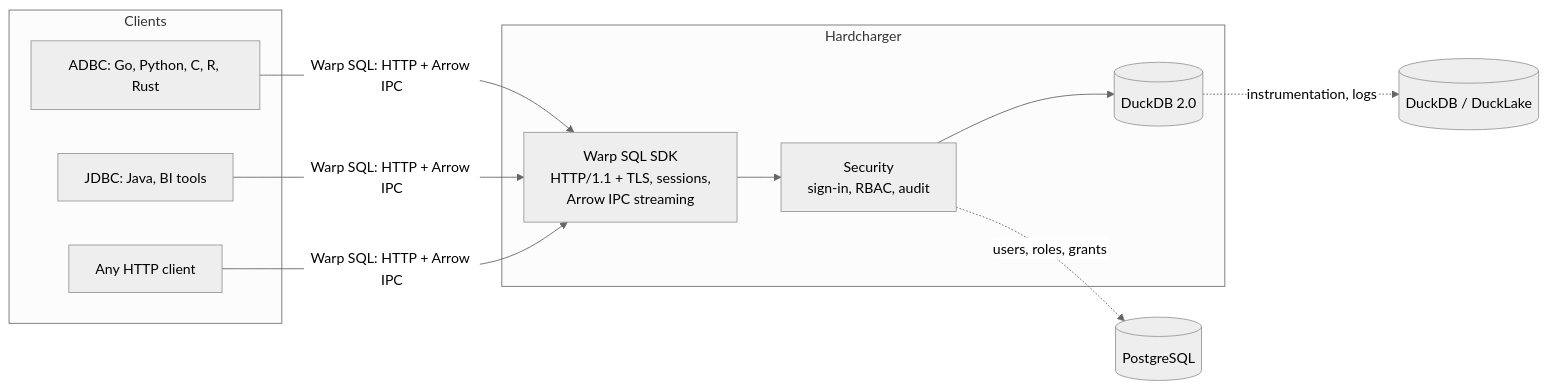
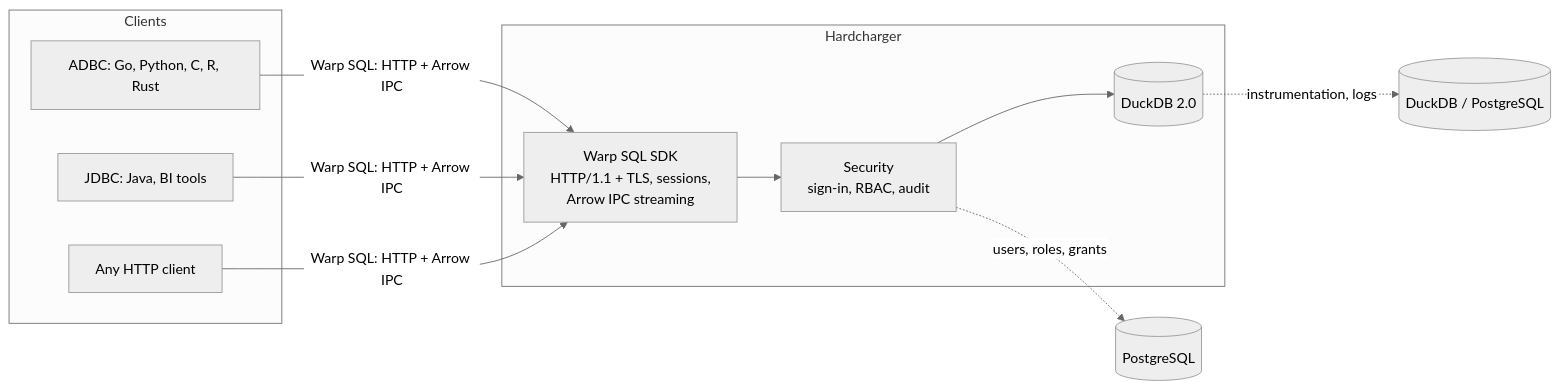
Before and after one commit to gizmodata/hardcharger: the second of 2 diagrams in README.md, drawn with Mermaid (neutral theme). The commit also changed other lines of this file and 19 other files, not shown here.

````diff
--- a/README.md
+++ b/README.md
@@ -756,17 +784,17 @@
 ```mermaid
 flowchart LR
   subgraph Clients
     A[ADBC: Go, Python, C, R, Rust]
     J[JDBC: Java, BI tools]
     H[Any HTTP client]
   end
   subgraph Hardcharger
     W[Warp SQL SDK<br/>HTTP/1.1 + TLS, sessions,<br/>Arrow IPC streaming]
     S[Security<br/>sign-in, RBAC, audit]
     D[(DuckDB 2.0)]
   end
   A & J & H -- "Warp SQL: HTTP + Arrow IPC" --> W
   W --> S --> D
   S -. users, roles, grants .-> P[(PostgreSQL)]
-  D -. instrumentation, logs .-> L[(DuckDB / DuckLake)]
+  D -. instrumentation, logs .-> L[(DuckDB / PostgreSQL)]
 ```
````
